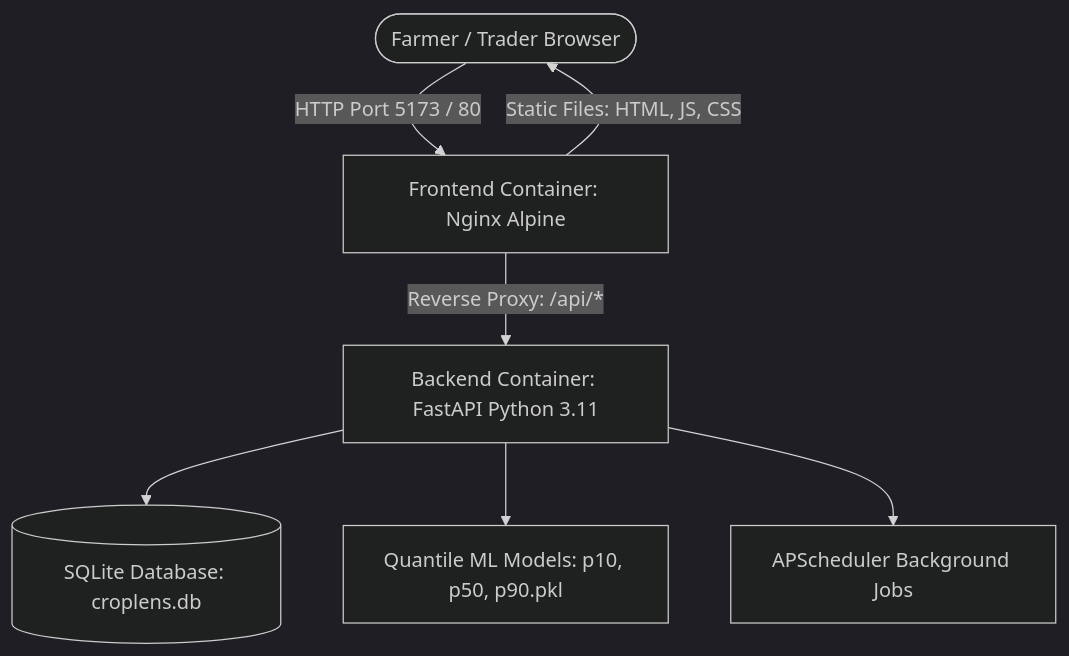
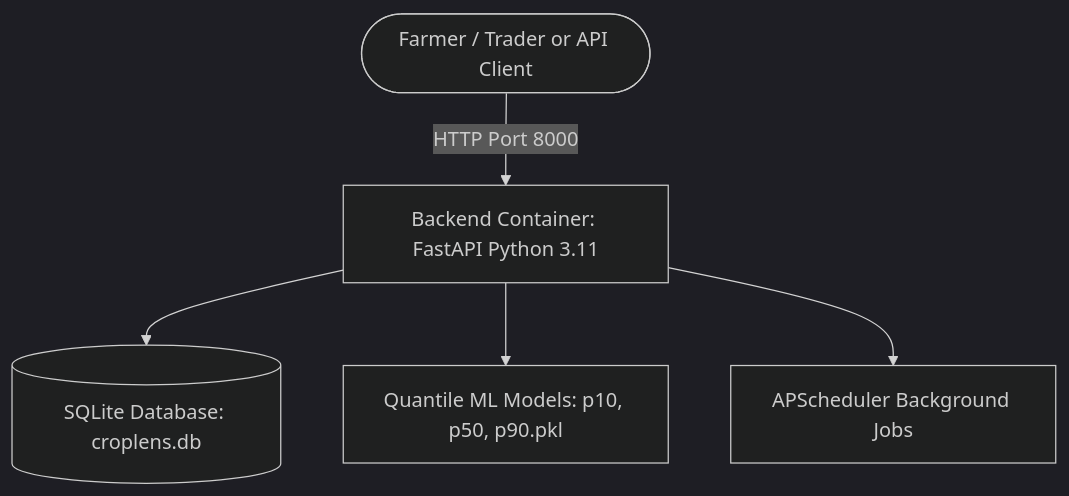
Before and after one commit to krishankantjha/CropLens_AI: the diagram in docs/deployment_guide.md, drawn with Mermaid (dark theme). The commit also changed other lines of this file and 53 other files, not shown here.

````diff
--- a/docs/deployment_guide.md
+++ b/docs/deployment_guide.md
@@ -9,10 +9,8 @@
 ```mermaid
 graph TD
-    User([Farmer / Trader Browser]) -->|HTTP Port 5173 / 80| Frontend[Frontend Container: Nginx Alpine]
-    Frontend -->|Static Files: HTML, JS, CSS| User
-    Frontend -->|Reverse Proxy: /api/*| Backend[Backend Container: FastAPI Python 3.11]
+    User([Farmer / Trader or API Client]) -->|HTTP Port 8000| Backend[Backend Container: FastAPI Python 3.11]
     
     Backend --> DB[(SQLite Database: croplens.db)]
     Backend --> ML[Quantile ML Models: p10, p50, p90.pkl]
     Backend --> Sched[APScheduler Background Jobs]
 ```
````
